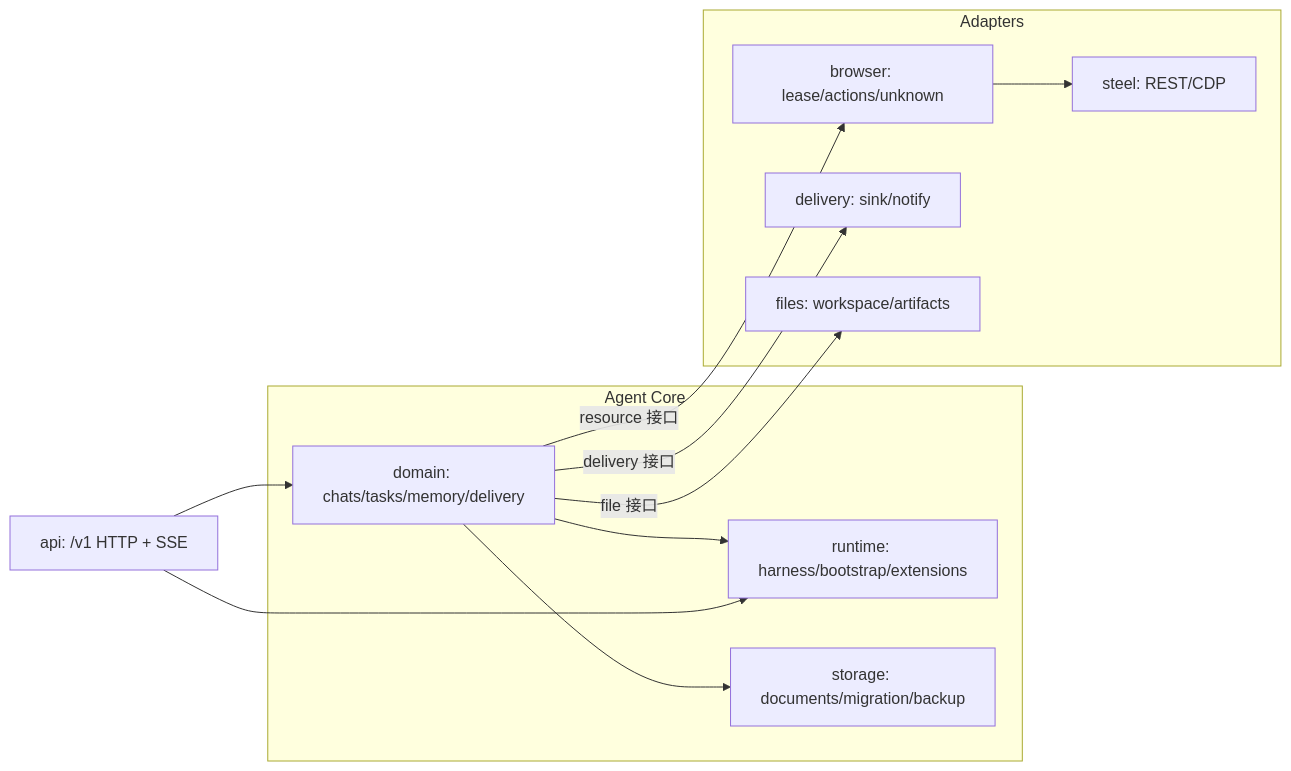
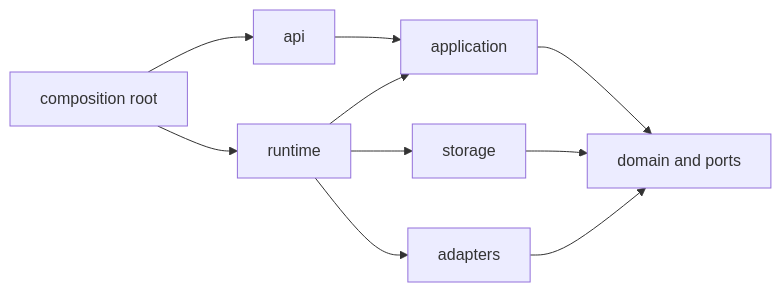
Before and after one commit to YS-BW/Point: the diagram in docs/design/agent-core.md, drawn with Mermaid. The commit also changed other lines of this file and 46 other files, not shown here.

First line of the commit message:
feat(server): establish Durable server foundation and architecture

````diff
--- a/docs/design/agent-core.md
+++ b/docs/design/agent-core.md
@@ -83,22 +83,12 @@
 ```mermaid
 flowchart LR
-    subgraph Agent Core
-      D[domain: chats/tasks/memory/delivery]
-      R[runtime: harness/bootstrap/extensions]
-      S[storage: documents/migration/backup]
-    end
-    subgraph Adapters
-      BR[browser: lease/actions/unknown]
-      ST[steel: REST/CDP]
-      DL[delivery: sink/notify]
-      FS[files: workspace/artifacts]
-    end
-    API[api: /v1 HTTP + SSE] --> D
-    API --> R
-    D --> R
-    D --> S
-    D -->|resource 接口| BR
-    BR --> ST
-    D -->|delivery 接口| DL
-    D -->|file 接口| FS
+    API[api] --> A[application]
+    A --> D[domain and ports]
+    R[runtime] --> A
+    R --> S[storage]
+    R --> AD[adapters]
+    S --> D
+    AD --> D
+    Root[composition root] --> API
+    Root --> R
 ```
````
